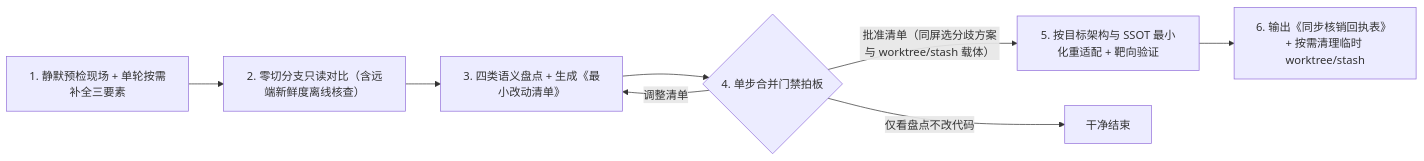
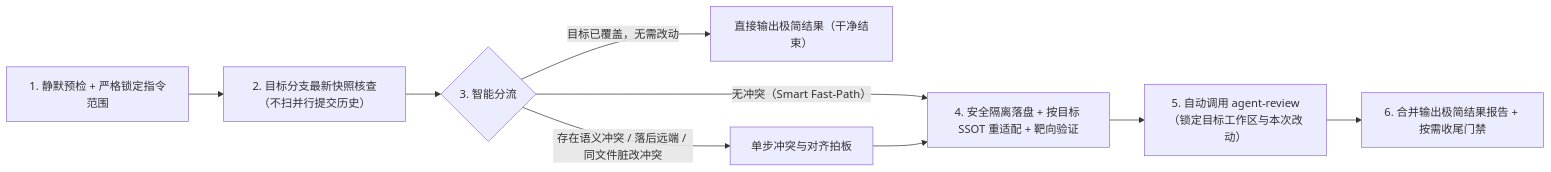
One commit to lastxuanain/ainward-skills changed the diagram in skills/code-sync/README.zh-CN.md. Above: the diagram before and after it, drawn with Mermaid. The commit also changed other lines of this file and 10 other files, not shown here.

Commit message:
feat: align work-report, agent-review, and code-sync to Result-First UX

````diff
--- a/skills/code-sync/README.zh-CN.md
+++ b/skills/code-sync/README.zh-CN.md
@@ -29,10 +30,11 @@
 ```mermaid
 flowchart LR
-    A["1. 静默预检现场 + 单轮按需补全三要素"] --> B["2. 零切分支只读对比（含远端新鲜度离线核查）"]
-    B --> C["3. 四类语义盘点 + 生成《最小改动清单》"]
-    C --> D{"4. 单步合并门禁拍板"}
-    D -- "批准清单（同屏选分歧方案与 worktree/stash 载体）" --> E["5. 按目标架构与 SSOT 最小化重适配 + 靶向验证"]
-    D -- "调整清单" --> C
-    D -- "仅看盘点不改代码" --> F["干净结束"]
-    E --> G["6. 输出《同步核销回执表》 + 按需清理临时 worktree/stash"]
+    A["1. 静默预检 + 严格锁定指令范围"] --> B["2. 目标分支最新快照核查（不扫并行提交历史）"]
+    B --> C{"3. 智能分流"}
+    C -- "目标已覆盖，无需改动" --> Z["直接输出极简结果（干净结束）"]
+    C -- "存在语义冲突 / 落后远端 / 同文件脏改冲突" --> D["单步冲突与对齐拍板"]
+    C -- "无冲突（Smart Fast-Path）" --> E["4. 安全隔离落盘 + 按目标 SSOT 重适配 + 靶向验证"]
+    D --> E
+    E --> F["5. 自动调用 agent-review（锁定目标工作区与本次改动）"]
+    F --> G["6. 合并输出极简结果报告 + 按需收尾门禁"]
 ```
````
